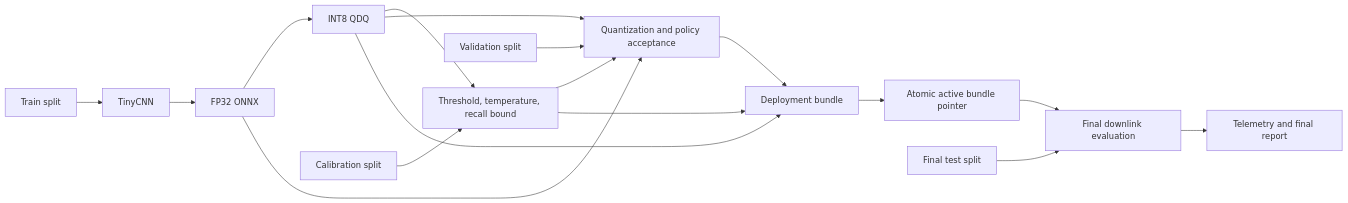
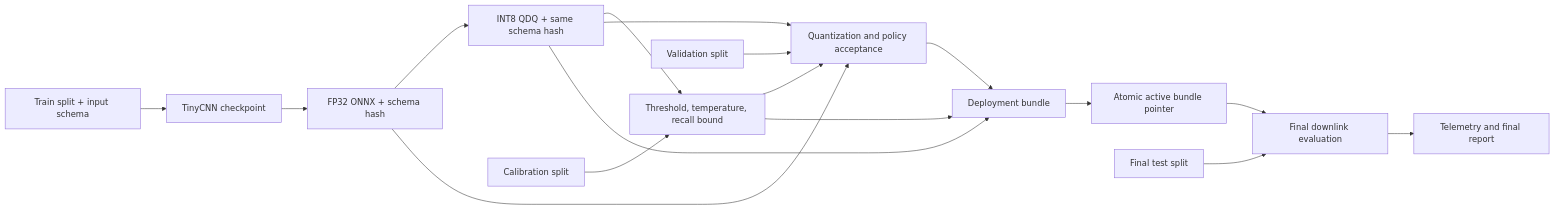
One commit to sylvesterkaczmarek/phisat2-trustworthy-onboard-ai changed the diagram in README.md. Above: the diagram before and after it, drawn with Mermaid. The commit also changed other lines of this file and 19 other files, not shown here.

````diff
--- a/README.md
+++ b/README.md
@@ -15,19 +15,19 @@
 ```mermaid
 flowchart LR
-    A[Train split] --> B[TinyCNN]
-    B --> C[FP32 ONNX]
-    C --> D[INT8 QDQ]
+    A[Train split + input schema] --> B[TinyCNN checkpoint]
+    B --> C[FP32 ONNX + schema hash]
+    C --> D[INT8 QDQ + same schema hash]
     E[Calibration split] --> F[Threshold, temperature, recall bound]
     D --> F
     V[Validation split] --> G[Quantization and policy acceptance]
     C --> G
     D --> G
     F --> G
     D --> K[Deployment bundle]
     F --> K
     G --> K
     K --> L[Atomic active bundle pointer]
     T[Final test split] --> H[Final downlink evaluation]
     L --> H
     H --> J[Telemetry and final report]
 ```
````
